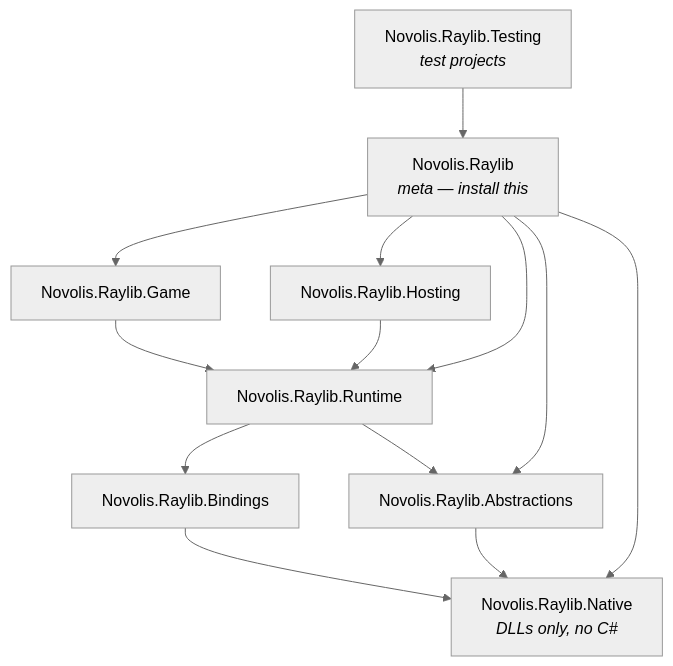
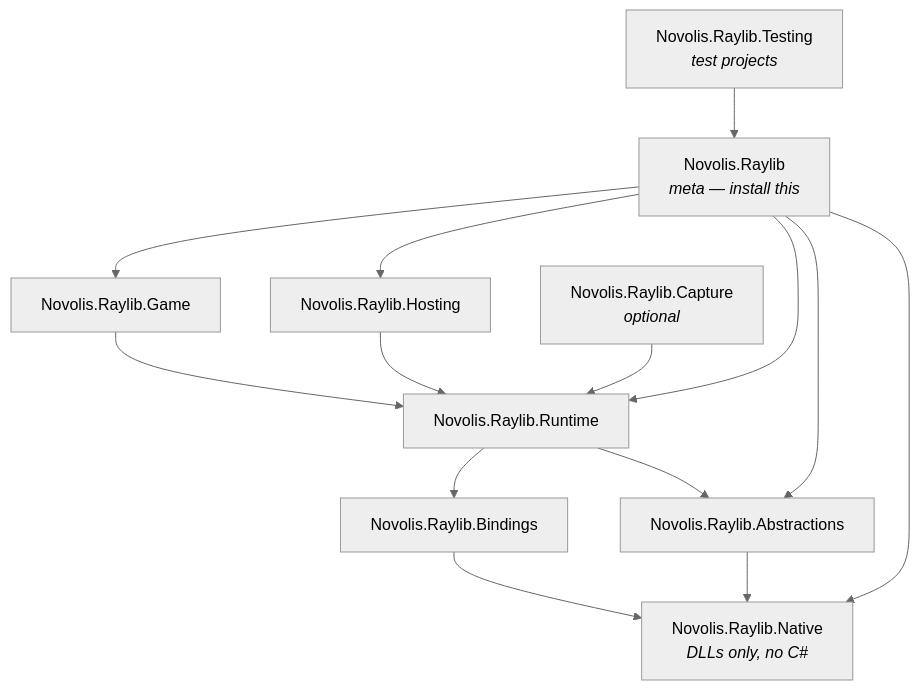
One commit to Novolis-Platform/novolis-raylib changed the diagram in README.md. Above: the diagram before and after it, drawn with Mermaid (neutral theme). The commit also changed other lines of this file and 15 other files, not shown here.

````diff
--- a/README.md
+++ b/README.md
@@ -21,24 +21,26 @@
 ```mermaid
 flowchart TB
   meta["Novolis.Raylib<br/><i>meta — install this</i>"]
   game[Novolis.Raylib.Game]
   hosting[Novolis.Raylib.Hosting]
   runtime[Novolis.Raylib.Runtime]
   bindings[Novolis.Raylib.Bindings]
   abstractions[Novolis.Raylib.Abstractions]
   native["Novolis.Raylib.Native<br/><i>DLLs only, no C#</i>"]
   testing["Novolis.Raylib.Testing<br/><i>test projects</i>"]
+  capture["Novolis.Raylib.Capture<br/><i>optional</i>"]
 
   meta --> game
   meta --> hosting
   meta --> runtime
   meta --> abstractions
   meta --> native
   game --> runtime
   hosting --> runtime
   runtime --> bindings
   runtime --> abstractions
   bindings --> native
   abstractions --> native
   testing --> meta
+  capture --> runtime
 ```
````
